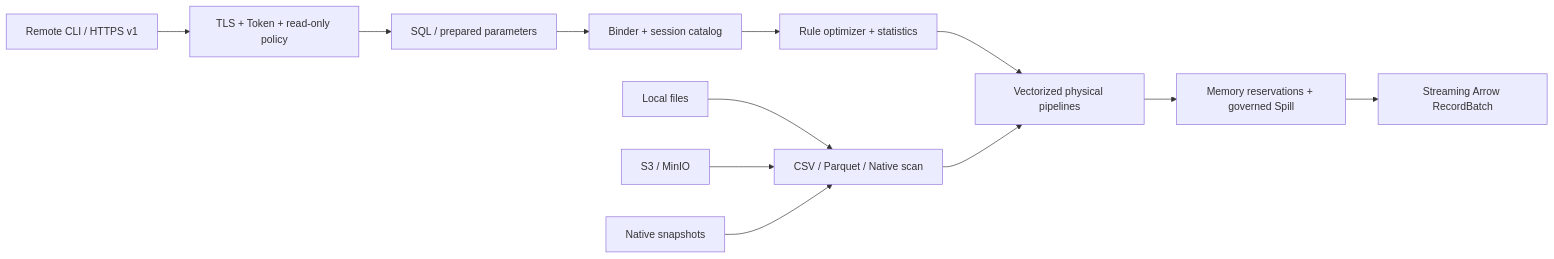
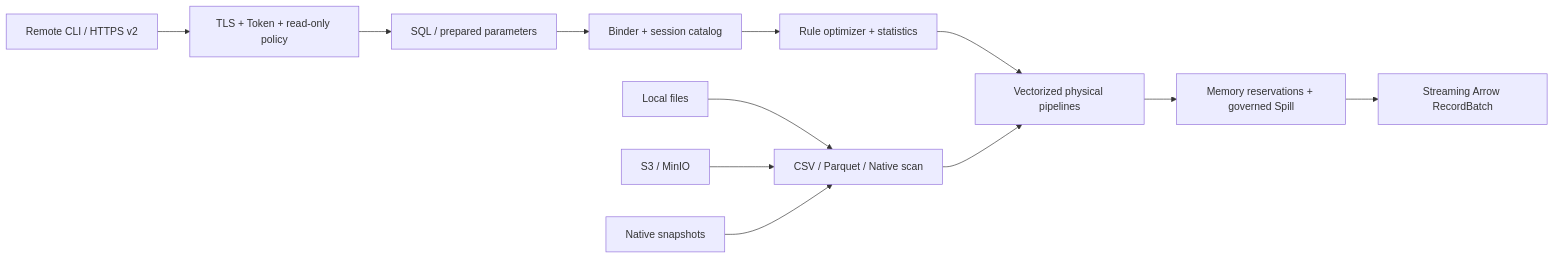
The diagram in README.md (SamuelSupe/RustDB), drawn with Mermaid before and after one commit. The commit also changed other lines of this file and 130 other files, not shown here.

````diff
--- a/README.md
+++ b/README.md
@@ -340,14 +346,14 @@
 ```mermaid
 flowchart LR
-    Remote["Remote CLI / HTTPS v1"] --> Guard["TLS + Token + read-only policy"]
+    Remote["Remote CLI / HTTPS v2"] --> Guard["TLS + Token + read-only policy"]
     Guard --> SQL["SQL / prepared parameters"]
     SQL --> Binder["Binder + session catalog"]
     Binder --> Optimizer["Rule optimizer + statistics"]
     Optimizer --> Pipelines["Vectorized physical pipelines"]
     Local["Local files"] --> Scan["CSV / Parquet / Native scan"]
     S3["S3 / MinIO"] --> Scan
     Native["Native snapshots"] --> Scan
     Scan --> Pipelines
     Pipelines --> Memory["Memory reservations + governed Spill"]
     Memory --> Arrow["Streaming Arrow RecordBatch"]
 ```
````
